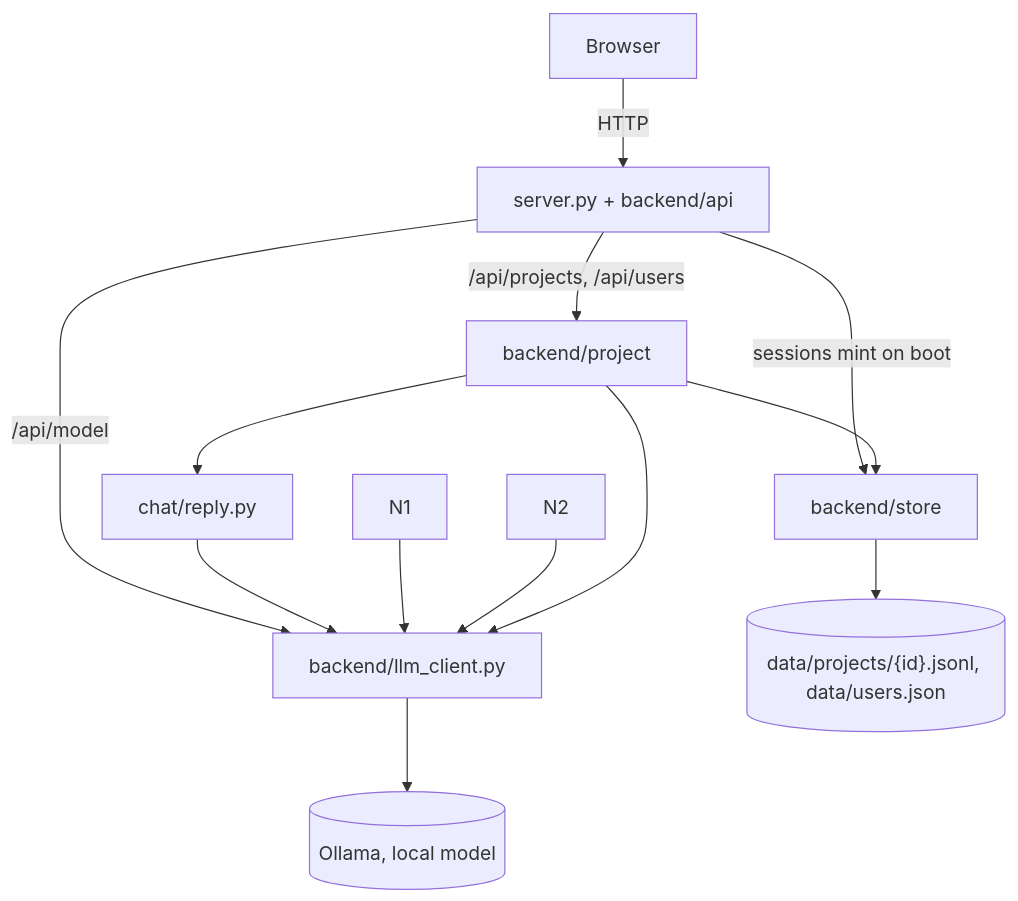
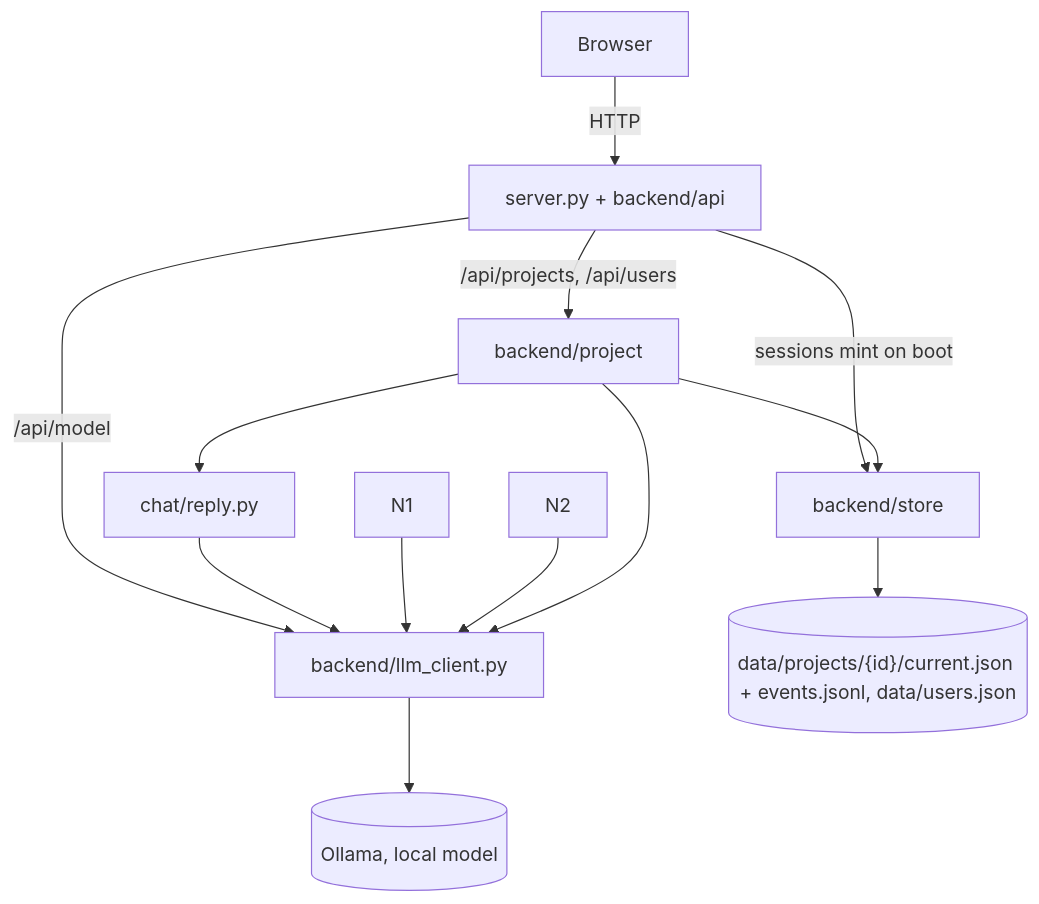
One commit to olajmn/PROJECT1 changed the diagram in docs/04-current-state.md. Above: the diagram before and after it, drawn with Mermaid. The commit also changed other lines of this file and 35 other files, not shown here.

First line of the commit message:
Store each project as current.json plus a slim events tape.

````diff
--- a/docs/04-current-state.md
+++ b/docs/04-current-state.md
@@ -68,15 +71,15 @@
 ```mermaid
 graph TD
     Browser -->|HTTP| Server["server.py + backend/api"]
     Server -->|"/api/projects, /api/users"| Planning["backend/project"]
     Server -->|"/api/model"| ModelBoundary["backend/llm_client.py"]
     Server -->|"sessions mint on boot"| Store["backend/store"]
     Planning --> Reply["chat/reply.py"]
     Reply --> ModelBoundary
     Planning --> Store
     N1 --> ModelBoundary
     N2 --> ModelBoundary
     Planning --> ModelBoundary
     ModelBoundary --> Ollama[("Ollama, local model")]
-    Store --> Data[("data/projects/{id}.jsonl, data/users.json")]
+    Store --> Data[("data/projects/{id}/current.json + events.jsonl, data/users.json")]
 ```
````
